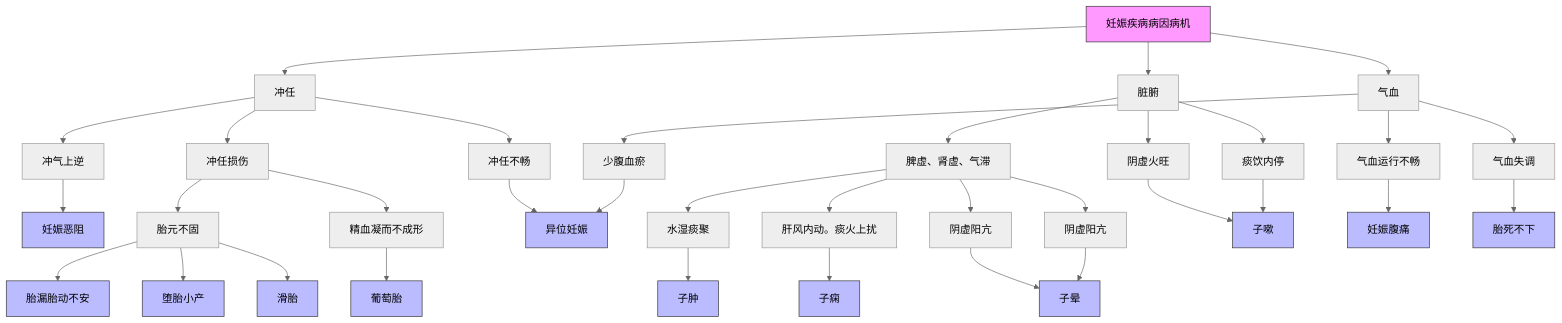
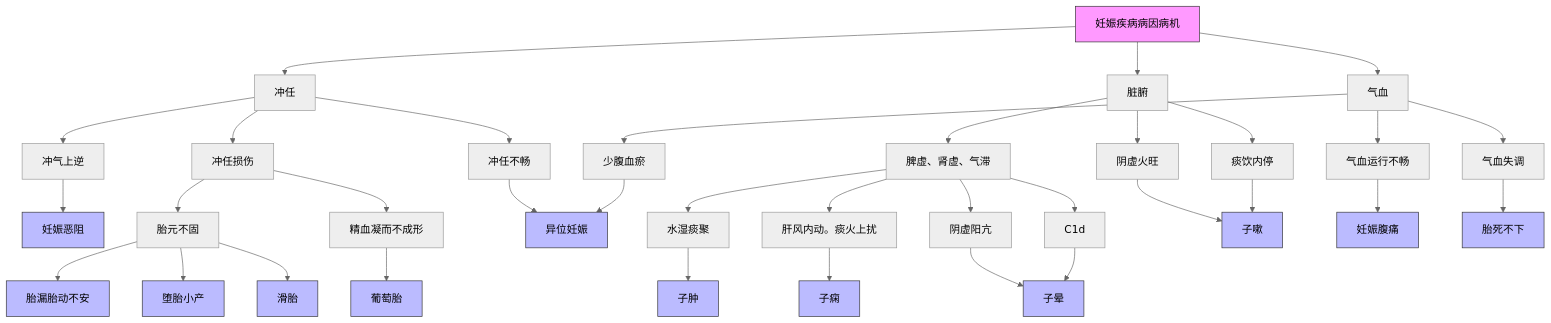
One commit to lili23755/iodraw-files changed the diagram in all/未命名.md. Above: the diagram before and after it, drawn with Mermaid (neutral theme).

Commit message:
2025-04-04 11:05:23 update

````diff
--- a/all/未命名.md
+++ b/all/未命名.md
@@ -1,37 +1,37 @@
 ```mermaid
 flowchart TD
     A[妊娠疾病病因病机] --> B[冲任]
     A --> C[脏腑]
     A --> D[气血]
     
     B --> B1[冲气上逆] --> 妊娠恶阻
     B --> B2[冲任损伤] --> B2a[胎元不固] -->胎漏胎动不安 & 堕胎小产 & 滑胎
     B2[冲任损伤] --> B2b[精血凝而不成形] -->葡萄胎 
     B --> B3[冲任不畅] --> 异位妊娠
     
     C --> C1[脾虚、肾虚、气滞] --> C1a[水湿痰聚] --> 子肿
     C1 --> C1b[肝风内动。痰火上扰] --> 子痫
     C1 --> C1c[阴虚阳亢] --> 子晕
-    C1 --> C1d[阴虚阳亢] --> 子晕
+    C1 --> C1d --> 子晕
     C --> C4[阴虚火旺] --> 子嗽
     C --> C5[痰饮内停] --> 子嗽
     
     D --> D1[气血运行不畅] --> 妊娠腹痛
     D --> D2[气血失调] --> 胎死不下
     D --> D3[少腹血瘀] --> 异位妊娠
 
     style A fill:#f9f,stroke:#333
     style 妊娠恶阻 fill:#bbf,stroke:#333
     style 堕胎小产 fill:#bbf,stroke:#333
     style 滑胎 fill:#bbf,stroke:#333
     style 异位妊娠 fill:#bbf,stroke:#333
     style 子肿 fill:#bbf,stroke:#333
     style 子痫 fill:#bbf,stroke:#333
     style 胎漏胎动不安 fill:#bbf,stroke:#333
     style 胎死不下 fill:#bbf,stroke:#333
     style 妊娠腹痛 fill:#bbf,stroke:#333
     style 葡萄胎 fill:#bbf,stroke:#333
     style 子晕 fill:#bbf,stroke:#333
     style 子嗽 fill:#bbf,stroke:#333
 	  
 ```
````
